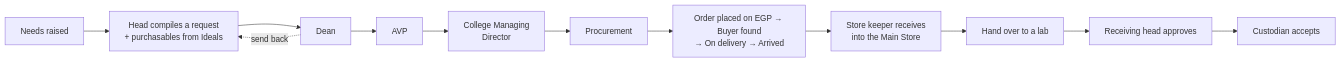
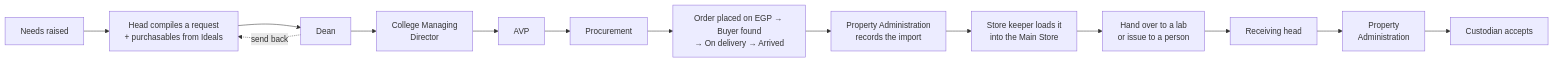
The second of 4 diagrams in docs/user-guide/appendix.md (diagomike/lab_resource_v2), drawn with Mermaid before and after one commit. The commit also changed other lines of this file and 22 other files, not shown here.

````diff
--- a/docs/user-guide/appendix.md
+++ b/docs/user-guide/appendix.md
@@ -33,10 +38,11 @@
 ```mermaid
 flowchart LR
   N[Needs raised] --> H[Head compiles a request<br/>+ purchasables from Ideals]
-  H --> DN[Dean] --> AVP[AVP] --> CMD[College Managing<br/>Director] --> P[Procurement]
+  H --> DN[Dean] --> CMD[College Managing<br/>Director] --> AVP[AVP] --> P[Procurement]
   DN -. send back .-> H
   P --> O[Order placed on EGP → Buyer found<br/>→ On delivery → Arrived]
-  O --> S[Store keeper receives<br/>into the Main Store]
-  S --> HO[Hand over to a lab]
-  HO --> RH[Receiving head approves] --> RC[Custodian accepts]
+  O --> IR[Property Administration<br/>records the import]
+  IR --> S[Store keeper loads it<br/>into the Main Store]
+  S --> HO[Hand over to a lab<br/>or issue to a person]
+  HO --> RH[Receiving head] --> PA[Property<br/>Administration] --> RC[Custodian accepts]
 ```
````
